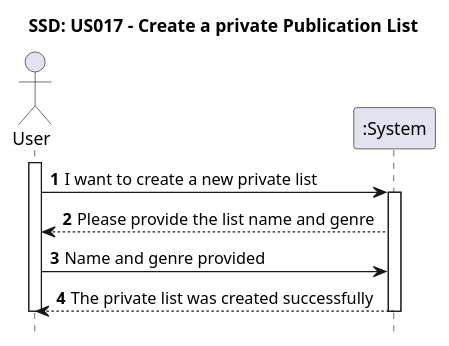
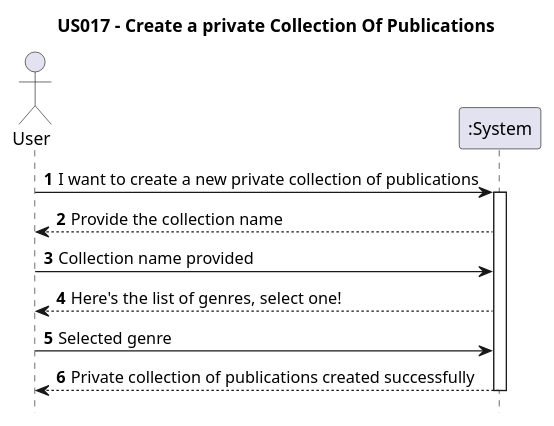
One commit to AndrePereiraGitH/SWitCH-Project-Team_A changed the diagram in Diagrams/SequenceDiagrams/N1/US017-to-create-private-publications-list.puml. Above: the diagram before and after it, drawn with PlantUML. The commit also changed 5 other files, not shown here.

Commit message:
#88 #89 and #92 #94: update SSD (N1), sequence (N2) and class diagrams

```diff
--- a/Diagrams/SequenceDiagrams/N1/US017-to-create-private-publications-list.puml
+++ b/Diagrams/SequenceDiagrams/N1/US017-to-create-private-publications-list.puml
@@ -1,25 +1,22 @@
 @startuml
-
 autonumber
 hide footbox
 
-title SSD: US017 - Create a private Publication List
+title US017 - Create a private Collection Of Publications
 
 actor "User" as User
 participant ":System" as System
 
-activate User
-
-User -> System : I want to create a new private list
+User -> System : I want to create a new private collection of publications
 activate System
 
-System --> User : Please provide the list name and genre
+System --> User : Provide the collection name
+User -> System : Collection name provided
 
-User -> System : Name and genre provided
+System --> User : Here's the list of genres, select one!
+User -> System : Selected genre
 
-System --> User : The private list was created successfully
-
+System --> User : Private collection of publications created successfully
 deactivate System
-deactivate User
 
 @enduml
```
